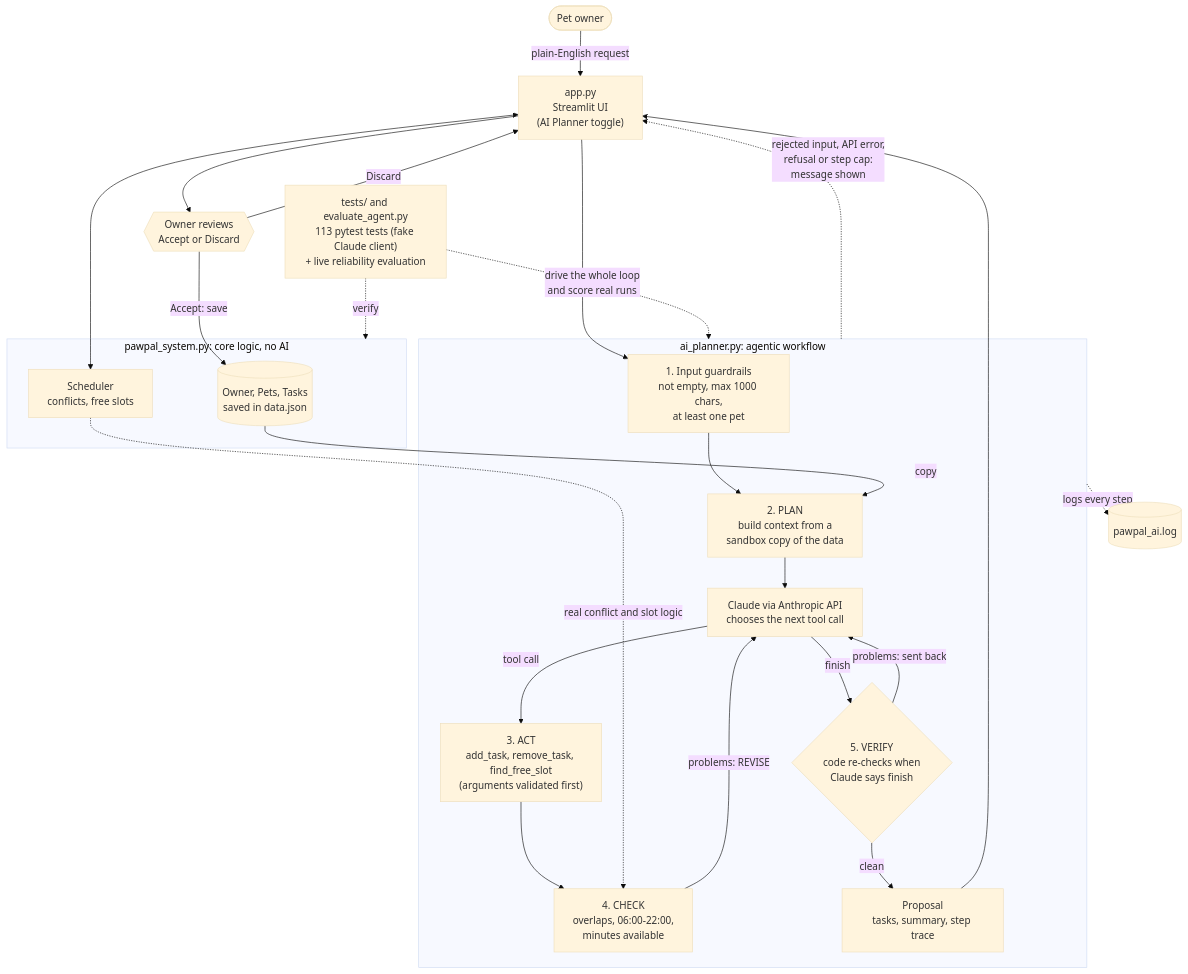
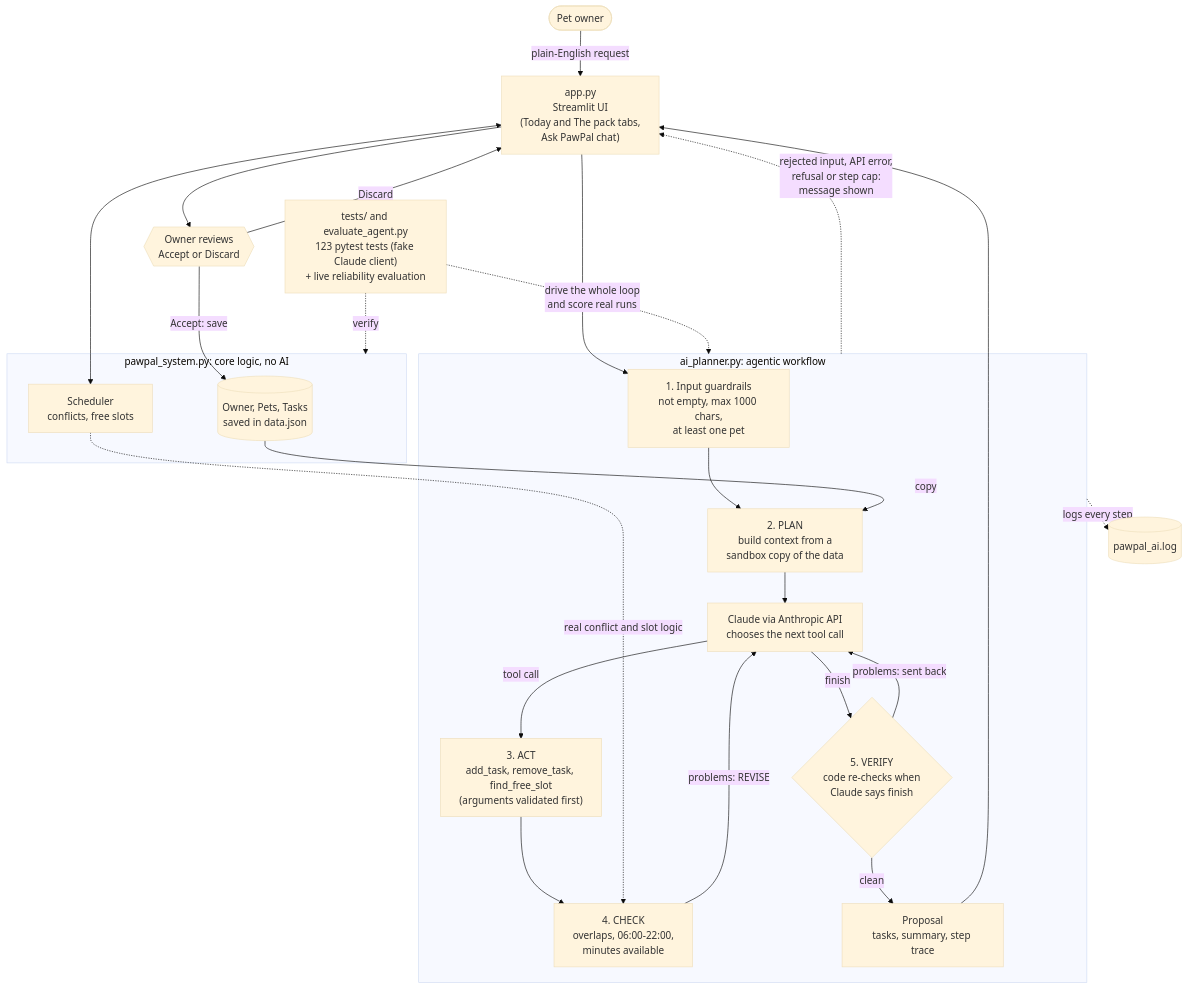
One commit to bior-m16/applied-ai-system-project changed the diagram in diagrams/architecture.mmd. Above: the diagram before and after it, drawn with Mermaid (base theme). The commit also changed 4 other files, not shown here.

First line of the commit message:
feat(ui): Today / The pack tabs, pet cards, chat-style AI planner, walk-through panel

```diff
--- a/diagrams/architecture.mmd
+++ b/diagrams/architecture.mmd
@@ -1,53 +1,53 @@
 flowchart TD
     %% PawPal+ architecture with the AI planning agent.
     %% Solid arrows = data flow. Dotted arrows = checking, logging and testing.
     %% The hexagon is the human decision point.
 
     User([Pet owner])
-    App["app.py<br/>Streamlit UI<br/>(AI Planner toggle)"]
+    App["app.py<br/>Streamlit UI<br/>(Today and The pack tabs,<br/>Ask PawPal chat)"]
 
     subgraph Core["pawpal_system.py: core logic, no AI"]
         Owner[("Owner, Pets, Tasks<br/>saved in data.json")]
         Scheduler["Scheduler<br/>conflicts, free slots"]
     end
 
     subgraph Agent["ai_planner.py: agentic workflow"]
         Input["1. Input guardrails<br/>not empty, max 1000 chars,<br/>at least one pet"]
         Context["2. PLAN<br/>build context from a<br/>sandbox copy of the data"]
         Claude["Claude via Anthropic API<br/>chooses the next tool call"]
         Tools["3. ACT<br/>add_task, remove_task, find_free_slot<br/>(arguments validated first)"]
         Check["4. CHECK<br/>overlaps, 06:00-22:00,<br/>minutes available"]
         Verify{"5. VERIFY<br/>code re-checks when<br/>Claude says finish"}
         Proposal["Proposal<br/>tasks, summary, step trace"]
     end
 
     Human{{"Owner reviews<br/>Accept or Discard"}}
     Log[("pawpal_ai.log")]
-    Tests["tests/ and evaluate_agent.py<br/>113 pytest tests (fake Claude client)<br/>+ live reliability evaluation"]
+    Tests["tests/ and evaluate_agent.py<br/>123 pytest tests (fake Claude client)<br/>+ live reliability evaluation"]
 
     %% Input -> process -> output
     User -->|"plain-English request"| App
     App --> Input
     Input --> Context
     Owner -->|"copy"| Context
     Context --> Claude
     Claude -->|"tool call"| Tools
     Tools --> Check
     Check -->|"problems: REVISE"| Claude
     Claude -->|"finish"| Verify
     Verify -->|"problems: sent back"| Claude
     Verify -->|"clean"| Proposal
     Proposal --> App
     App --> Human
     Human -->|"Accept: save"| Owner
     Human -->|"Discard"| App
 
     %% Normal app use and error paths
     App <--> Scheduler
     Scheduler -.->|"real conflict and slot logic"| Check
     Agent -.->|"rejected input, API error,<br/>refusal or step cap:<br/>message shown"| App
 
     %% Logging and testing
     Agent -.->|"logs every step"| Log
     Tests -.->|"verify"| Core
     Tests -.->|"drive the whole loop<br/>and score real runs"| Agent
```
